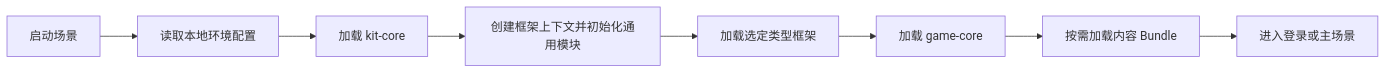
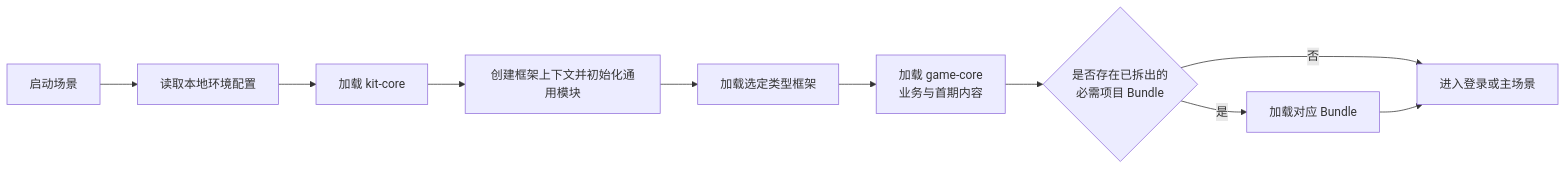
One commit to JunJiang219/CocosKit changed the second of 3 diagrams in docs/framework-architecture-plan.md. Above: the diagram before and after it, drawn with Mermaid. The commit also changed other lines of this file and 1 other file, not shown here.

````diff
--- a/docs/framework-architecture-plan.md
+++ b/docs/framework-architecture-plan.md
@@ -68,10 +69,12 @@
 ```mermaid
 flowchart LR
     A[启动场景] --> B[读取本地环境配置]
     B --> C[加载 kit-core]
     C --> D[创建框架上下文并初始化通用模块]
     D --> E[加载选定类型框架]
-    E --> F[加载 game-core]
-    F --> G[按需加载内容 Bundle]
-    G --> H[进入登录或主场景]
+    E --> F[加载 game-core<br/>业务与首期内容]
+    F --> G{是否存在已拆出的<br/>必需项目 Bundle}
+    G -->|是| H[加载对应 Bundle]
+    G -->|否| I[进入登录或主场景]
+    H --> I
 ```
````
